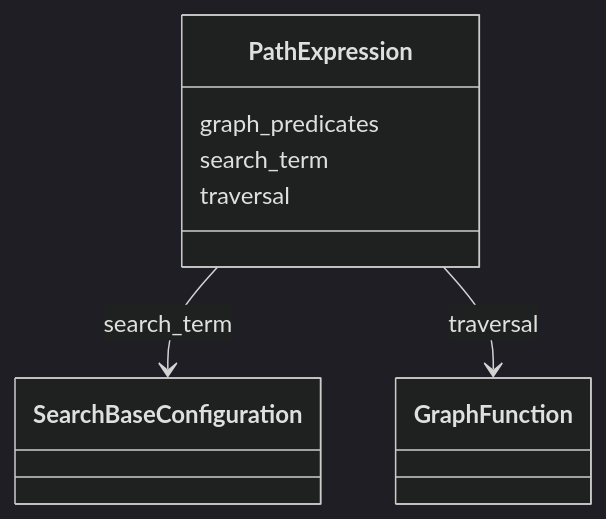
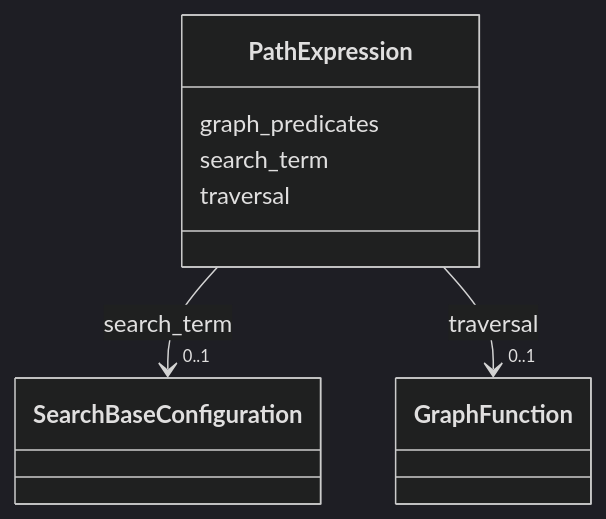
Before and after one commit to INCATools/ontology-access-kit: the diagram in search/PathExpression.md, drawn with Mermaid (dark theme). The commit also changed other lines of this file and 3329 other files, not shown here.

````diff
--- a/search/PathExpression.md
+++ b/search/PathExpression.md
@@ -17,15 +19,26 @@
 ```{mermaid}
  classDiagram
     class PathExpression
+    click PathExpression href "../PathExpression"
       PathExpression : graph_predicates
         
       PathExpression : search_term
         
-          PathExpression --> SearchBaseConfiguration : search_term
+          
+    
+    
+    PathExpression --> "0..1" SearchBaseConfiguration : search_term
+    click SearchBaseConfiguration href "../SearchBaseConfiguration"
+
         
       PathExpression : traversal
         
-          PathExpression --> GraphFunction : traversal
+          
+    
+    
+    PathExpression --> "0..1" GraphFunction : traversal
+    click GraphFunction href "../GraphFunction"
+
         
       
 ```
````
